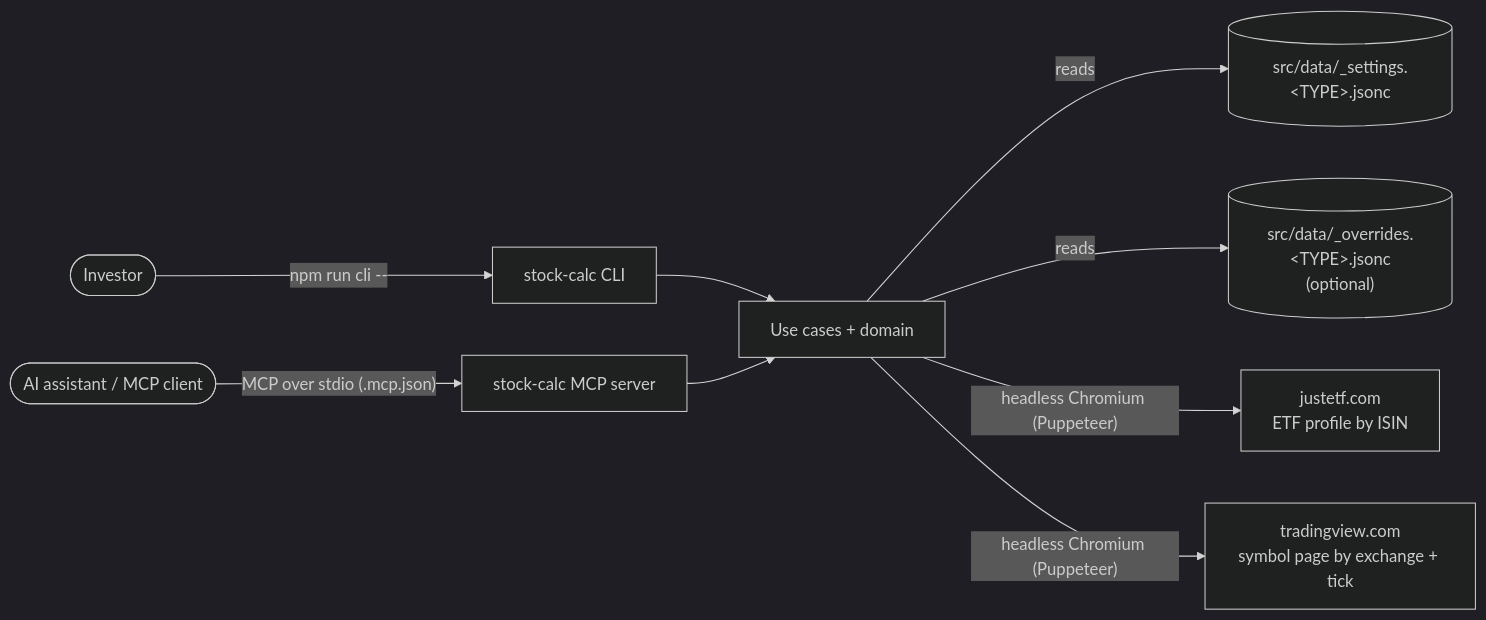
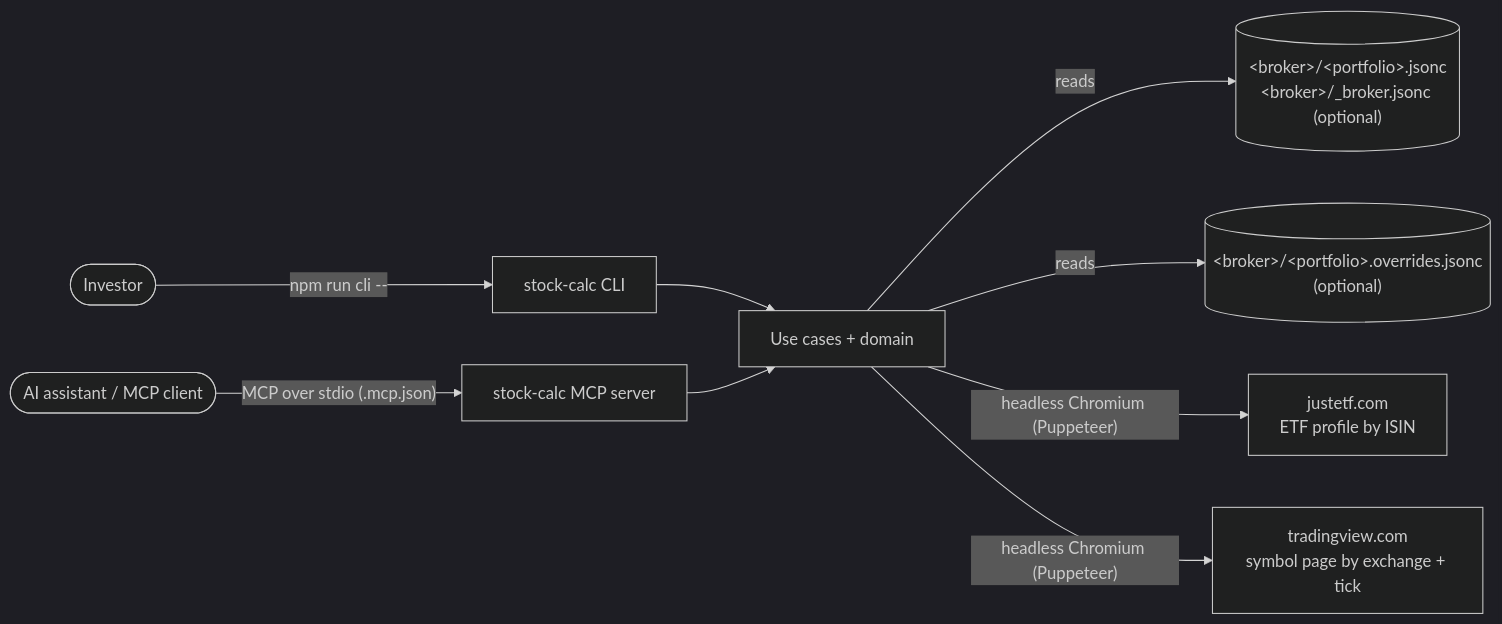
One commit to armaaar/stock-calc changed the first of 3 diagrams in docs/architecture/overview.md. Above: the diagram before and after it, drawn with Mermaid (dark theme). The commit also changed other lines of this file and 72 other files, not shown here.

````diff
--- a/docs/architecture/overview.md
+++ b/docs/architecture/overview.md
@@ -11,11 +11,11 @@
 ```mermaid
 flowchart LR
   user([Investor]) -- "npm run cli -- <command>" --> cli[stock-calc CLI]
   assistant([AI assistant / MCP client]) -- "MCP over stdio (.mcp.json)" --> mcp[stock-calc MCP server]
   cli --> core[Use cases + domain]
   mcp --> core
-  core -- reads --> settings[("src/data/_settings.&lt;TYPE&gt;.jsonc")]
-  core -- reads --> overrides[("src/data/_overrides.&lt;TYPE&gt;.jsonc<br/>(optional)")]
+  core -- reads --> settings[("&lt;broker&gt;/&lt;portfolio&gt;.jsonc<br/>&lt;broker&gt;/_broker.jsonc (optional)")]
+  core -- reads --> overrides[("&lt;broker&gt;/&lt;portfolio&gt;.overrides.jsonc<br/>(optional)")]
   core -- "headless Chromium (Puppeteer)" --> justetf[justetf.com<br/>ETF profile by ISIN]
   core -- "headless Chromium (Puppeteer)" --> tv[tradingview.com<br/>symbol page by exchange + tick]
 ```
````
